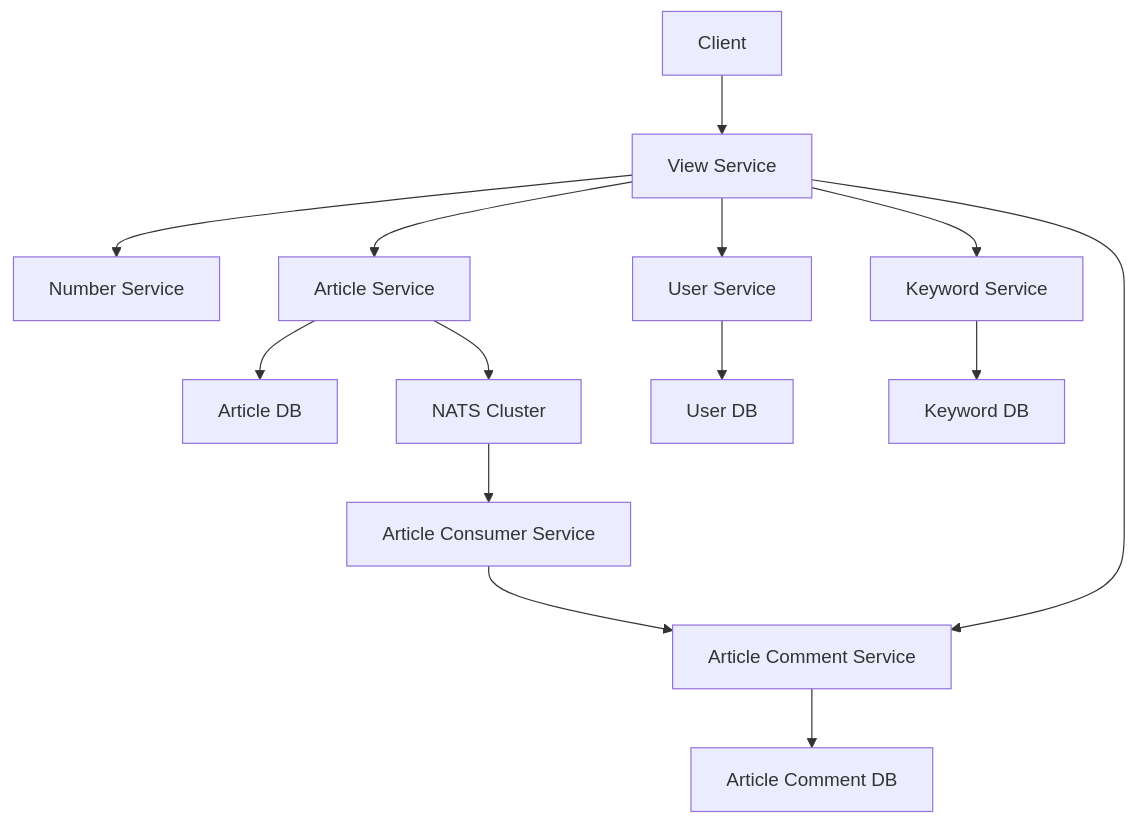
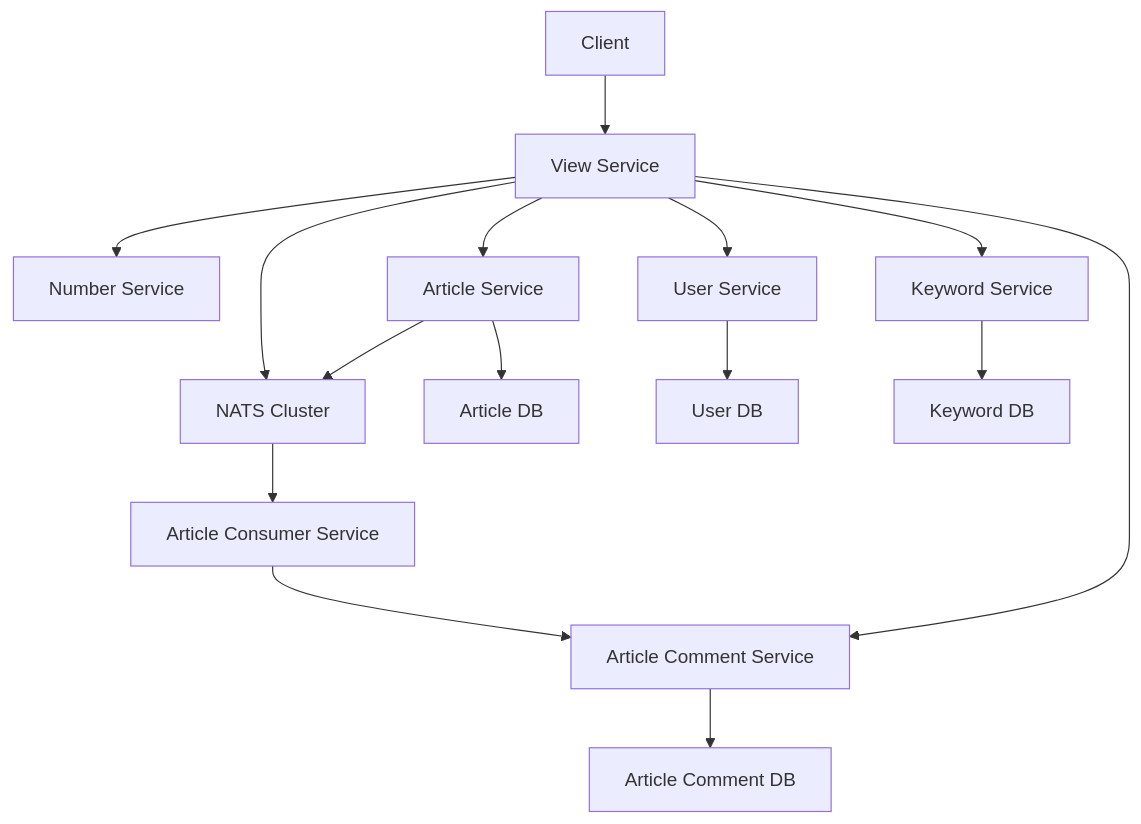
The diagram in README.md (leonsteinhaeuser/example-app), drawn with Mermaid before and after one commit.

Commit message:
docs(README): added keyword to nats graph

````diff
--- a/README.md
+++ b/README.md
@@ -5,23 +5,24 @@
 ```mermaid
 graph TD
   A[Client] --> B[View Service]
   NATS[NATS Cluster]
 
   B --> C[Number Service]
 
   B --> D[Article Service]
   D --> D1[Article DB]
   D --> NATS
 
   B --> E[User Service]
   E --> E1[User DB]
 
   B --> F[Keyword Service]
   F --> F1[Keyword DB]
+  B --> NATS
 
   B --> G[Article Comment Service]
   G --> G1[Article Comment DB]
 
   NATS --> H[Article Consumer Service]
   H --> G
 ```
````
